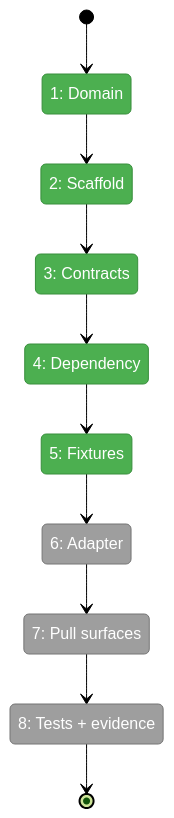
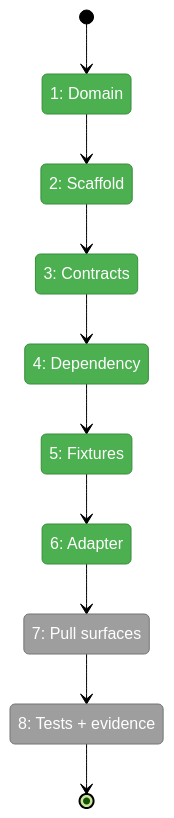
Before and after one commit to vaughanknight/pij: the first of 2 diagrams in docs/plans/007-options-for-pi-extensions-that-do-subagents/tasks/phase-1-minih-inventory-artifact-adapter/tasks.fltplan.md, drawn with Mermaid (forest theme). The commit also changed other lines of this file and 3 other files, not shown here.

````diff
--- a/docs/plans/007-options-for-pi-extensions-that-do-subagents/tasks/phase-1-minih-inventory-artifact-adapter/tasks.fltplan.md
+++ b/docs/plans/007-options-for-pi-extensions-that-do-subagents/tasks/phase-1-minih-inventory-artifact-adapter/tasks.fltplan.md
@@ -42,29 +42,29 @@
 ```mermaid
 stateDiagram-v2
     classDef pending fill:#9E9E9E,stroke:#757575,color:#fff
     classDef active fill:#FFC107,stroke:#FFA000,color:#000
     classDef done fill:#4CAF50,stroke:#388E3C,color:#fff
     classDef blocked fill:#F44336,stroke:#D32F2F,color:#fff
 
     state "1: Domain" as S1
     state "2: Scaffold" as S2
     state "3: Contracts" as S3
     state "4: Dependency" as S4
     state "5: Fixtures" as S5
     state "6: Adapter" as S6
     state "7: Pull surfaces" as S7
     state "8: Tests + evidence" as S8
 
     [*] --> S1
     S1 --> S2
     S2 --> S3
     S3 --> S4
     S4 --> S5
     S5 --> S6
     S6 --> S7
     S7 --> S8
     S8 --> [*]
 
-    class S1,S2,S3,S4,S5 done
-    class S6,S7,S8 pending
+    class S1,S2,S3,S4,S5,S6 done
+    class S7,S8 pending
 ```
````
